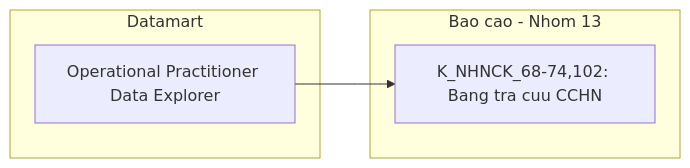
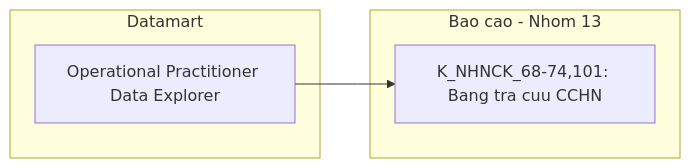
Diagram 39 of 40 in Datamart/hld/DTM_NHNCK_HLD.md (linhlvit/ubck_atomic_design), drawn with Mermaid before and after one commit. The commit also changed other lines of this file and 26 other files, not shown here.

````diff
--- a/Datamart/hld/DTM_NHNCK_HLD.md
+++ b/Datamart/hld/DTM_NHNCK_HLD.md
@@ -1564,10 +1564,10 @@
 ```mermaid
 flowchart LR
     subgraph Datamart["Datamart"]
         G1["Operational Practitioner Data Explorer"]
     end
     subgraph RPT["Bao cao - Nhom 13"]
-        R1["K_NHNCK_68-74,102: Bang tra cuu CCHN"]
+        R1["K_NHNCK_68-74,101: Bang tra cuu CCHN"]
     end
     G1 --> R1
 ```
````
